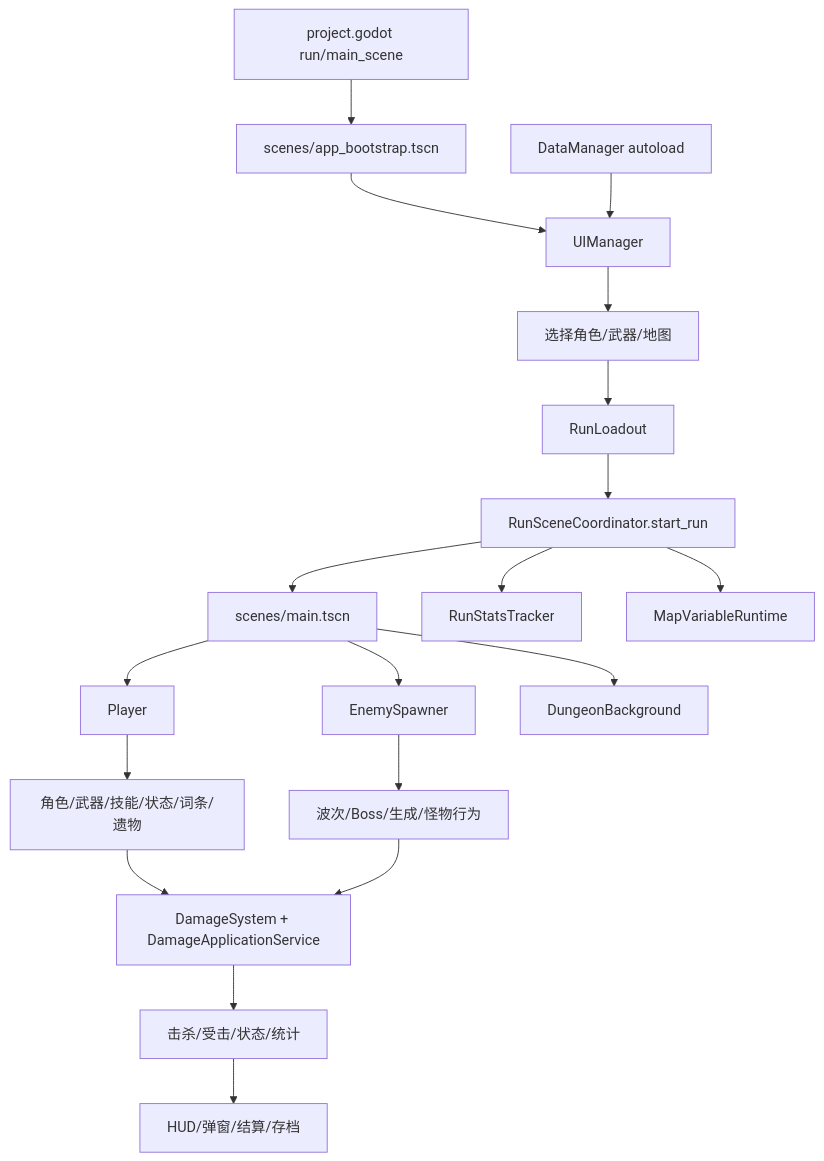
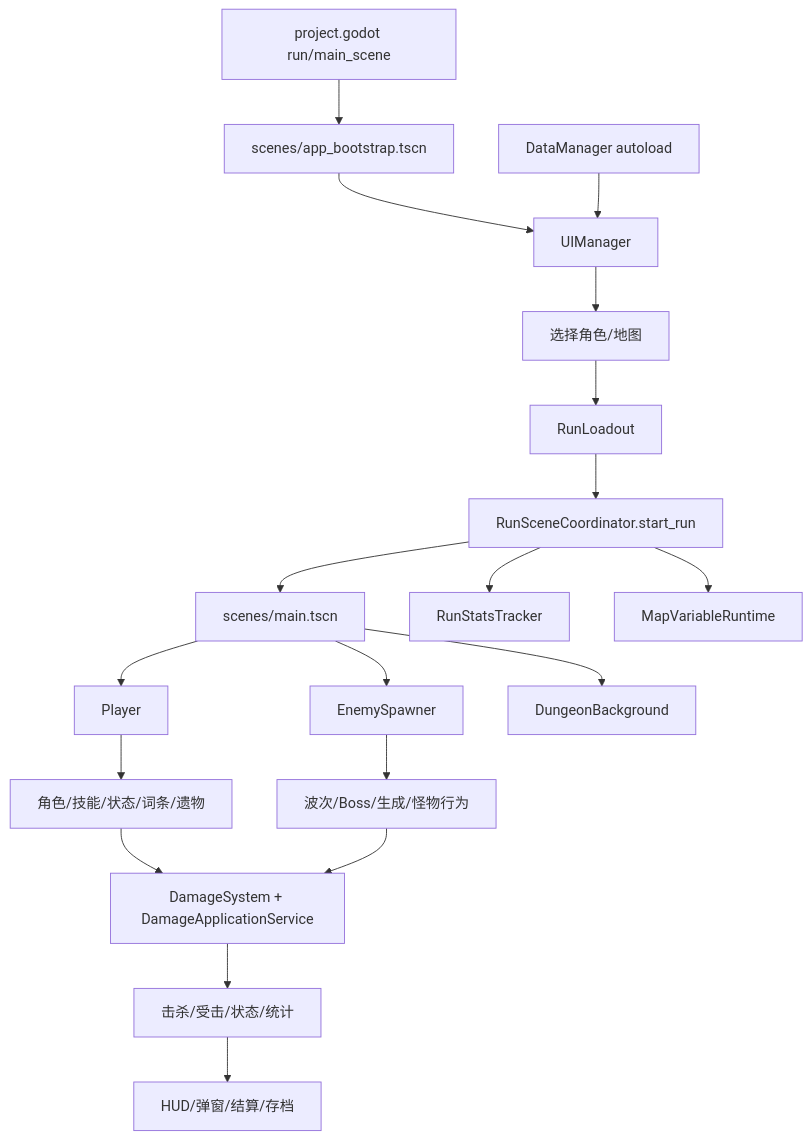
One commit to dengjunxicool-ai/roguelike_survivor changed the first of 8 diagrams in docs/PROJECT_SYSTEMS_OVERVIEW.md. Above: the diagram before and after it, drawn with Mermaid. The commit also changed other lines of this file and 57 other files, not shown here.

````diff
--- a/docs/PROJECT_SYSTEMS_OVERVIEW.md
+++ b/docs/PROJECT_SYSTEMS_OVERVIEW.md
@@ -7,21 +7,21 @@
 ```mermaid
 flowchart TD
     A["project.godot run/main_scene"] --> B["scenes/app_bootstrap.tscn"]
     B --> C["UIManager"]
     D["DataManager autoload"] --> C
-    C --> E["选择角色/武器/地图"]
+    C --> E["选择角色/地图"]
     E --> F["RunLoadout"]
     F --> G["RunSceneCoordinator.start_run"]
     G --> H["scenes/main.tscn"]
     H --> I["Player"]
     H --> J["EnemySpawner"]
     H --> K["DungeonBackground"]
     G --> L["RunStatsTracker"]
     G --> M["MapVariableRuntime"]
-    I --> N["角色/武器/技能/状态/词条/遗物"]
+    I --> N["角色/技能/状态/词条/遗物"]
     J --> O["波次/Boss/生成/怪物行为"]
     N --> P["DamageSystem + DamageApplicationService"]
     O --> P
     P --> Q["击杀/受击/状态/统计"]
     Q --> R["HUD/弹窗/结算/存档"]
 ```
````
